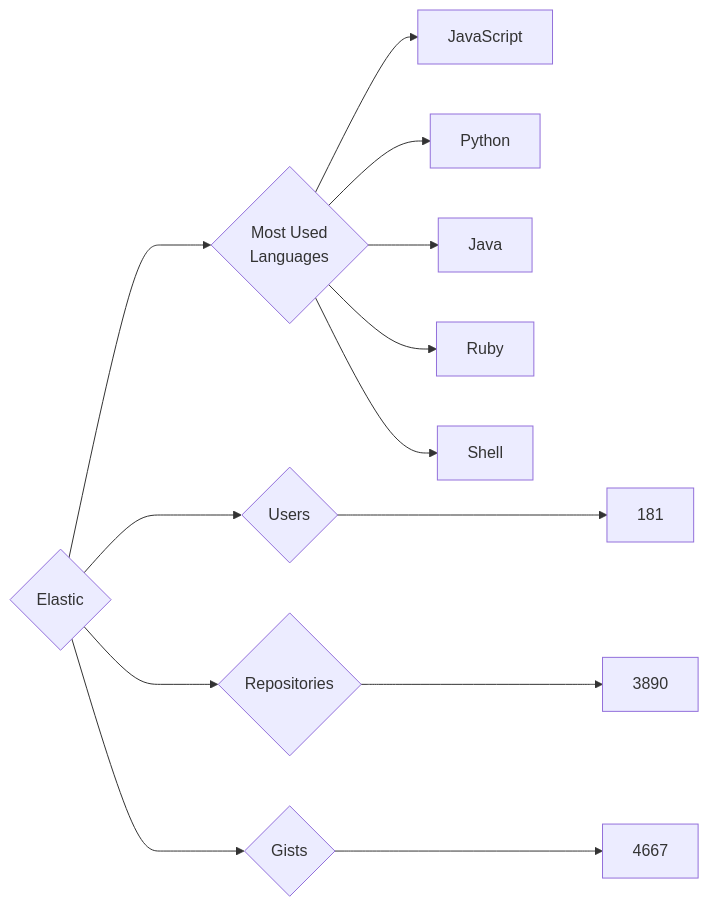
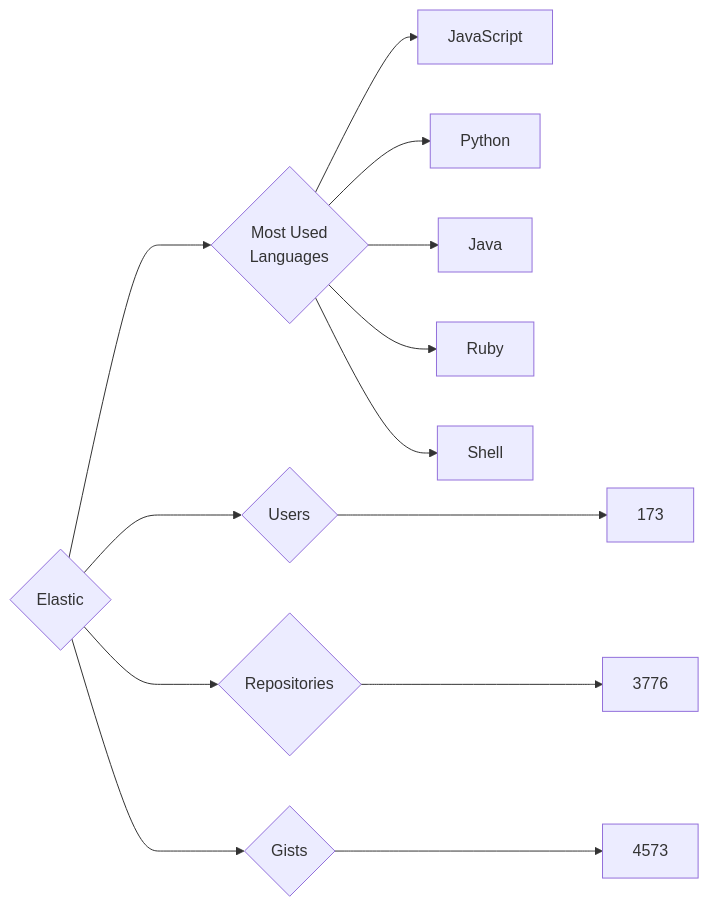
One commit to trickest/insiders changed the diagram in targets/Elastic/README.md. Above: the diagram before and after it, drawn with Mermaid. The commit also changed 965 other files, not shown here.

````diff
--- a/targets/Elastic/README.md
+++ b/targets/Elastic/README.md
@@ -3,13 +3,13 @@
 ```mermaid
 graph LR
 COMPANY_NAME{Elastic}
-COMPANY_NAME ---> U{Users} ---> UN[181]
-COMPANY_NAME ---> R{Repositories} ---> RN[3890]
-COMPANY_NAME ---> G{Gists} ---> GN[4667]
+COMPANY_NAME ---> U{Users} ---> UN[173]
+COMPANY_NAME ---> R{Repositories} ---> RN[3776]
+COMPANY_NAME ---> G{Gists} ---> GN[4573]
 COMPANY_NAME ---> ML{Most Used<br>Languages}
 ML --> JavaScript[JavaScript]
 ML --> Python[Python]
 ML --> Java[Java]
 ML --> Ruby[Ruby]
 ML --> Shell[Shell]
 ```
````
